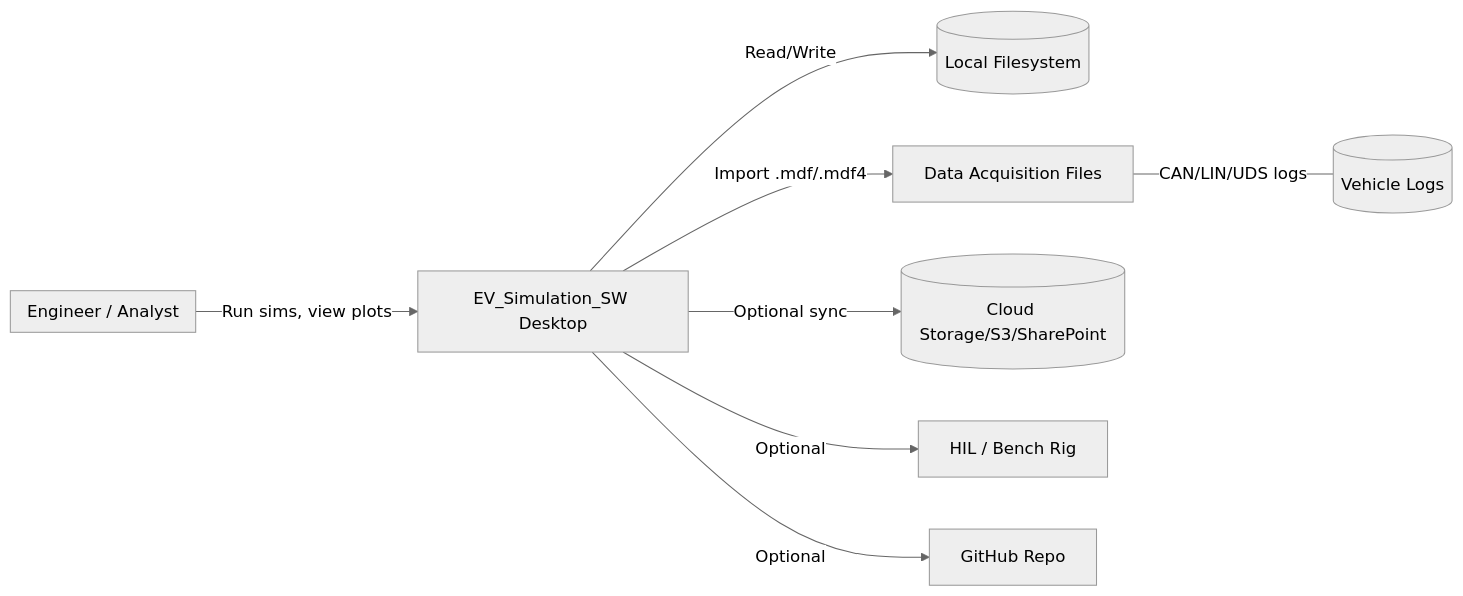
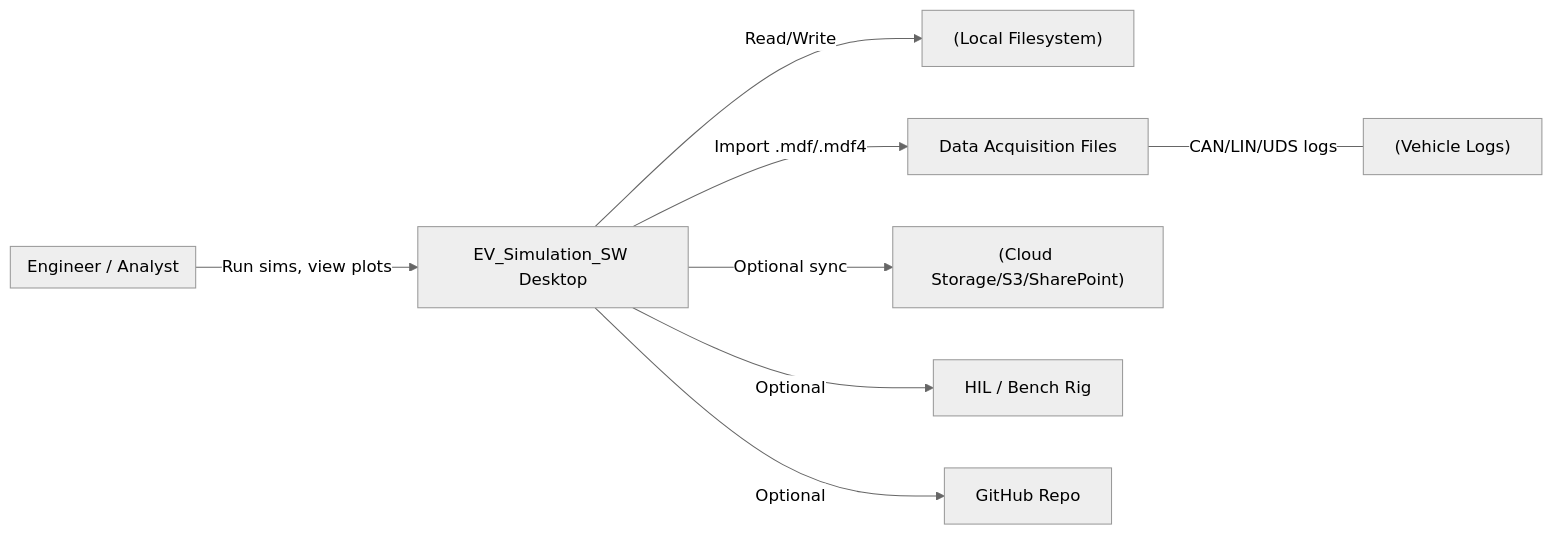
Before and after one commit to RRK0123/EV_Simulation_SW: the first of 6 diagrams in docs/system_software_architecture.md, drawn with Mermaid (neutral theme). The commit also changed other lines of this file, not shown here.

First line of the commit message:
Update system_software_architecture.md

````diff
--- a/docs/system_software_architecture.md
+++ b/docs/system_software_architecture.md
@@ -29,15 +29,15 @@
 ```mermaid
 flowchart LR
-    subgraph User[Engineer / Analyst]
+    subgraph User["Engineer / Analyst"]
     end
 
-    User -->|Run sims, view plots| DesktopApp[EV_Simulation_SW Desktop]
+    User -->|Run sims, view plots| DesktopApp["EV_Simulation_SW Desktop"]
 
-    DesktopApp -->|Read/Write| LocalFS[(Local Filesystem)]
-    DesktopApp -->|Import .mdf/.mdf4| DAQ[Data Acquisition Files]
-    DesktopApp -->|Optional sync| Cloud[(Cloud Storage/S3/SharePoint)]
-    DesktopApp -->|Optional| HIL[HIL / Bench Rig]
-    DesktopApp -->|Optional| GitHub[GitHub Repo]
+    DesktopApp -->|Read/Write| LocalFS["(Local Filesystem)"]
+    DesktopApp -->|Import .mdf/.mdf4| DAQ["Data Acquisition Files"]
+    DesktopApp -->|Optional sync| Cloud["(Cloud Storage/S3/SharePoint)"]
+    DesktopApp -->|Optional| HIL["HIL / Bench Rig"]
+    DesktopApp -->|Optional| GitHub["GitHub Repo"]
 
-    DAQ ---|CAN/LIN/UDS logs| VehicleLogs[(Vehicle Logs)]
+    DAQ ---|CAN/LIN/UDS logs| VehicleLogs["(Vehicle Logs)"]
 ```
````
